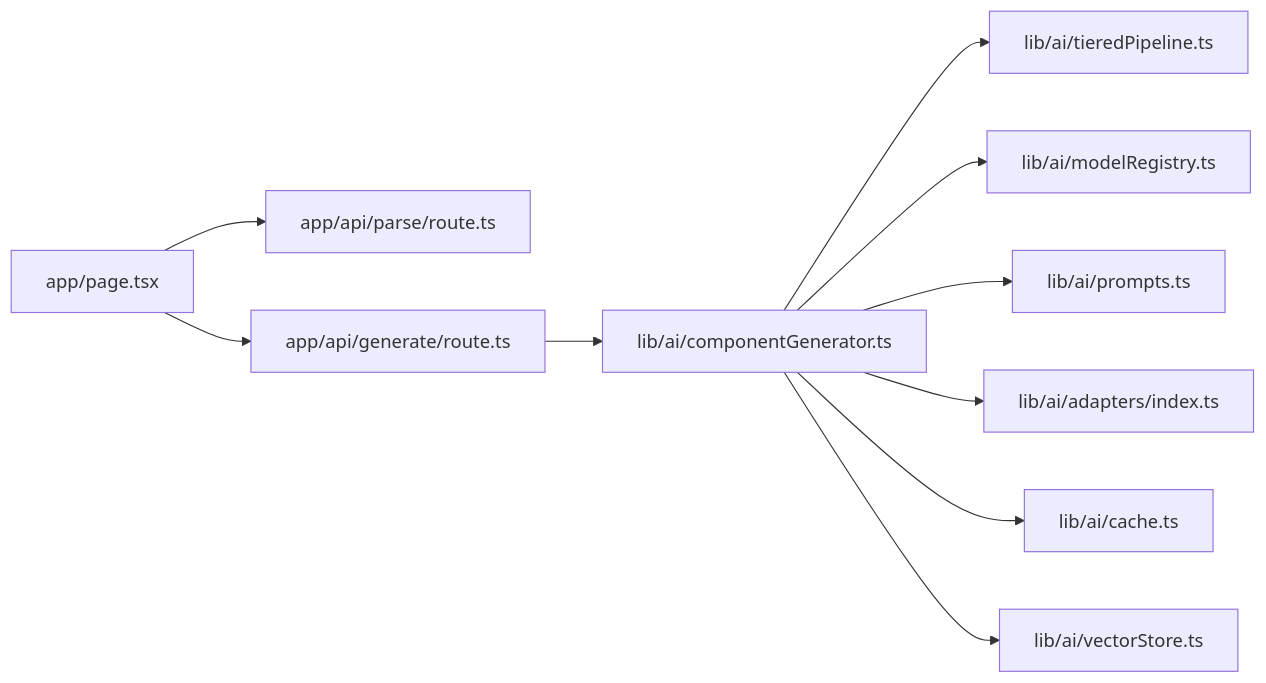
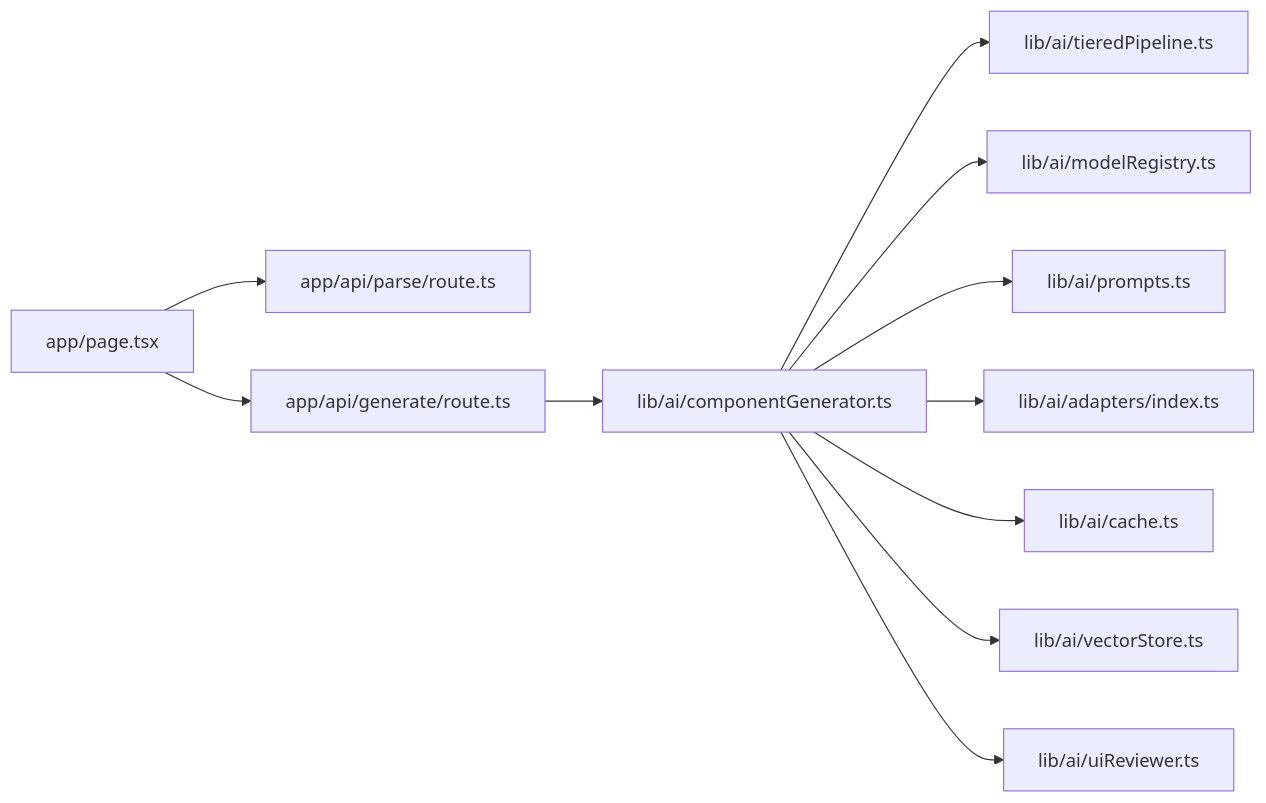
Before and after one commit to shekhargiri005-dotcom/AI-powered-accessibility-first-UI-engine: the eighth of 8 diagrams in .qoder/repowiki/en/content/Architecture & Design/Design Patterns/Pipeline Pattern.md, drawn with Mermaid. The commit also changed other lines of this file and 38 other files, not shown here.

````diff
--- a/.qoder/repowiki/en/content/Architecture & Design/Design Patterns/Pipeline Pattern.md
+++ b/.qoder/repowiki/en/content/Architecture & Design/Design Patterns/Pipeline Pattern.md
@@ -379,12 +390,13 @@
 ```mermaid
 graph LR
 Client["app/page.tsx"] --> Parse["app/api/parse/route.ts"]
 Client --> Gen["app/api/generate/route.ts"]
 Gen --> CG["lib/ai/componentGenerator.ts"]
 CG --> Tier["lib/ai/tieredPipeline.ts"]
 CG --> MR["lib/ai/modelRegistry.ts"]
 CG --> PR["lib/ai/prompts.ts"]
 CG --> Adapter["lib/ai/adapters/index.ts"]
 CG --> Cache["lib/ai/cache.ts"]
 CG --> Vec["lib/ai/vectorStore.ts"]
+CG --> Review["lib/ai/uiReviewer.ts"]
 ```
````
